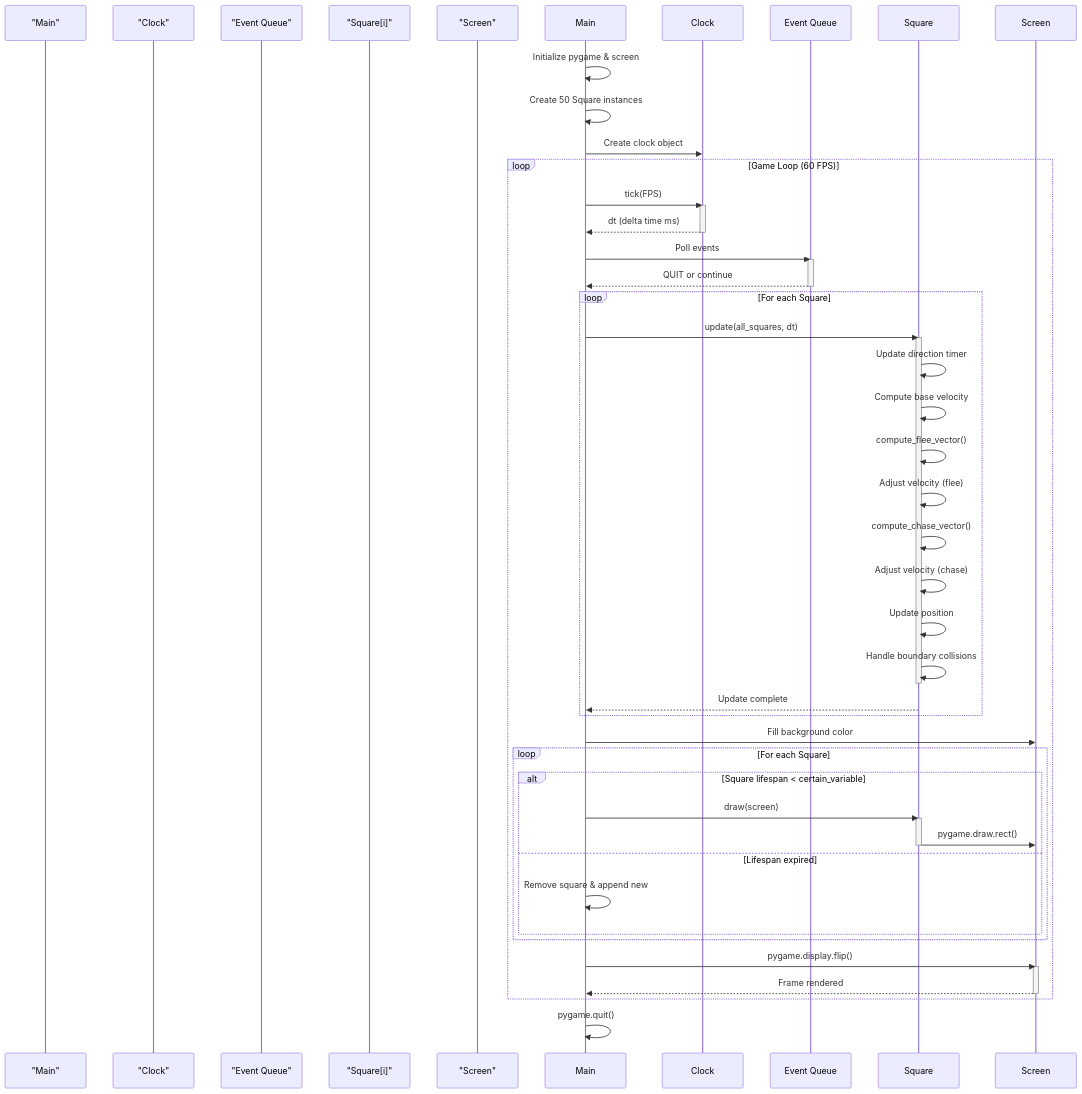
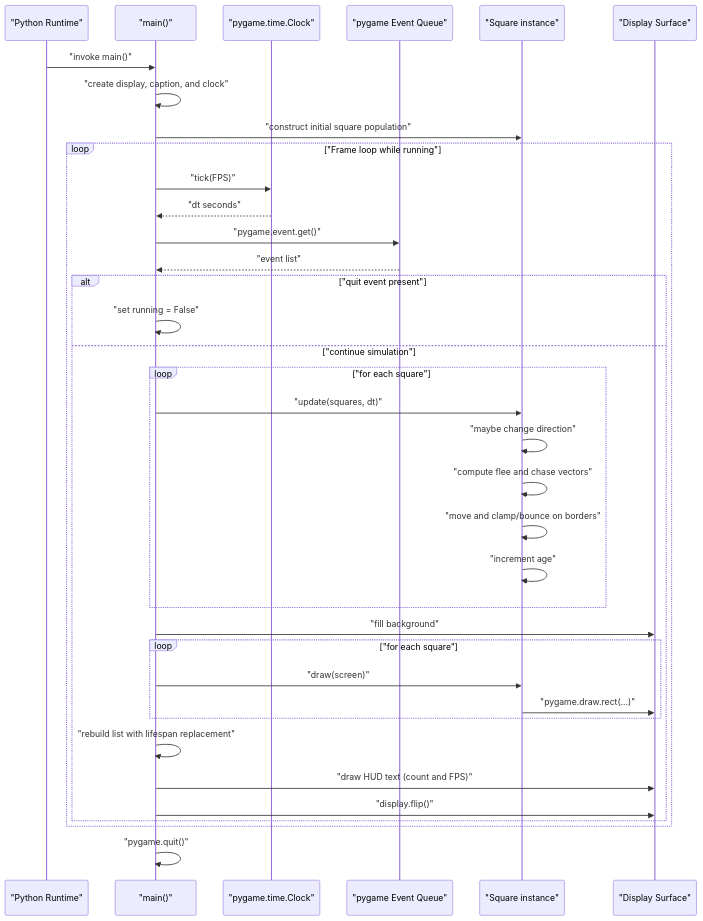
One commit to kevinotah/lab8-pygame changed the fourth of 4 diagrams in docs/architecture.md. Above: the diagram before and after it, drawn with Mermaid. The commit also changed other lines of this file and 5 other files, not shown here.

````diff
--- a/docs/architecture.md
+++ b/docs/architecture.md
@@ -185,60 +95,45 @@
 ```mermaid
 sequenceDiagram
-    participant "Main"
-    participant "Clock"
-    participant "Event Queue"
-    participant "Square[i]"
-    participant "Screen"
-    
-    Main->>Main: Initialize pygame & screen
-    Main->>Main: Create 50 Square instances
-    Main->>Clock: Create clock object
-    
-    loop Game Loop (60 FPS)
-        Main->>Clock: tick(FPS)
-        activate Clock
-        Clock-->>Main: dt (delta time ms)
-        deactivate Clock
-        
-        Main->>Event Queue: Poll events
-        activate Event Queue
-        Event Queue-->>Main: QUIT or continue
-        deactivate Event Queue
-        
-        loop For each Square
-            Main->>Square: update(all_squares, dt)
-            activate Square
-                Square->>Square: Update direction timer
-                Square->>Square: Compute base velocity
-                Square->>Square: compute_flee_vector()
-                Square->>Square: Adjust velocity (flee)
-                Square->>Square: compute_chase_vector()
-                Square->>Square: Adjust velocity (chase)
-                Square->>Square: Update position
-                Square->>Square: Handle boundary collisions
-            deactivate Square
-            
-            Square-->>Main: Update complete
+    participant B as "Python Runtime"
+    participant M as "main()"
+    participant C as "pygame.time.Clock"
+    participant E as "pygame Event Queue"
+    participant S as "Square instance"
+    participant D as "Display Surface"
+
+    B->>M: "invoke main()"
+    M->>M: "create display, caption, and clock"
+    M->>S: "construct initial square population"
+
+    loop "Frame loop while running"
+        M->>C: "tick(FPS)"
+        C-->>M: "dt seconds"
+
+        M->>E: "pygame.event.get()"
+        E-->>M: "event list"
+
+        alt "quit event present"
+            M->>M: "set running = False"
+        else "continue simulation"
+            loop "for each square"
+                M->>S: "update(squares, dt)"
+                S->>S: "maybe change direction"
+                S->>S: "compute flee and chase vectors"
+                S->>S: "move and clamp/bounce on borders"
+                S->>S: "increment age"
+            end
+
+            M->>D: "fill background"
+            loop "for each square"
+                M->>S: "draw(screen)"
+                S->>D: "pygame.draw.rect(...)"
+            end
+
+            M->>M: "rebuild list with lifespan replacement"
+            M->>D: "draw HUD text (count and FPS)"
+            M->>D: "display.flip()"
         end
-        
-        Main->>Screen: Fill background color
-        
-        loop For each Square
-            alt Square lifespan < certain_variable
-                Main->>Square: draw(screen)
-                activate Square
-                Square->>Screen: pygame.draw.rect()
-                deactivate Square
-            else Lifespan expired
-                Main->>Main: Remove square & append new
-            end
-        end
-        
-        Main->>Screen: pygame.display.flip()
-        activate Screen
-        Screen-->>Main: Frame rendered
-        deactivate Screen
     end
-    
-    Main->>Main: pygame.quit()
+
+    M->>M: "pygame.quit()"
 ```
````
